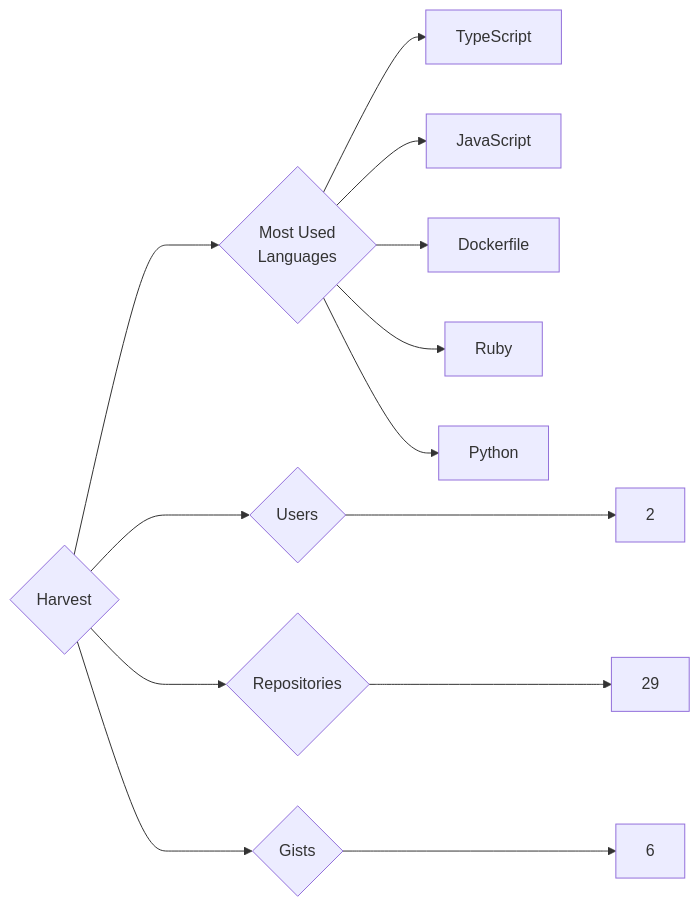
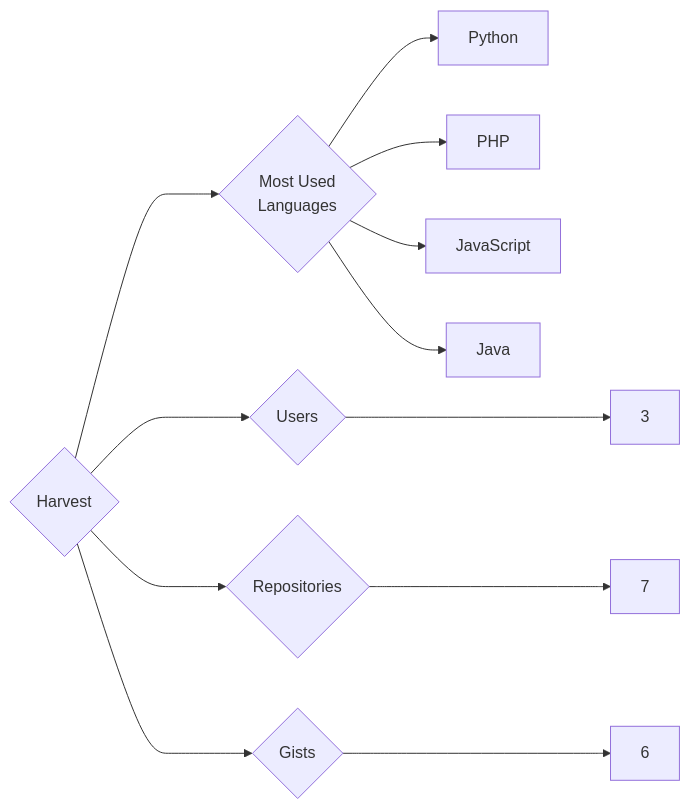
One commit to trickest/insiders changed the diagram in targets/Harvest/README.md. Above: the diagram before and after it, drawn with Mermaid. The commit also changed 772 other files, not shown here.

````diff
--- a/targets/Harvest/README.md
+++ b/targets/Harvest/README.md
@@ -3,13 +3,12 @@
 ```mermaid
 graph LR
 COMPANY_NAME{Harvest}
-COMPANY_NAME ---> U{Users} ---> UN[2]
-COMPANY_NAME ---> R{Repositories} ---> RN[29]
+COMPANY_NAME ---> U{Users} ---> UN[3]
+COMPANY_NAME ---> R{Repositories} ---> RN[7]
 COMPANY_NAME ---> G{Gists} ---> GN[6]
 COMPANY_NAME ---> ML{Most Used<br>Languages}
-ML --> TypeScript[TypeScript]
+ML --> Python[Python]
+ML --> PHP[PHP]
 ML --> JavaScript[JavaScript]
-ML --> Dockerfile[Dockerfile]
-ML --> Ruby[Ruby]
-ML --> Python[Python]
+ML --> Java[Java]
 ```
````
